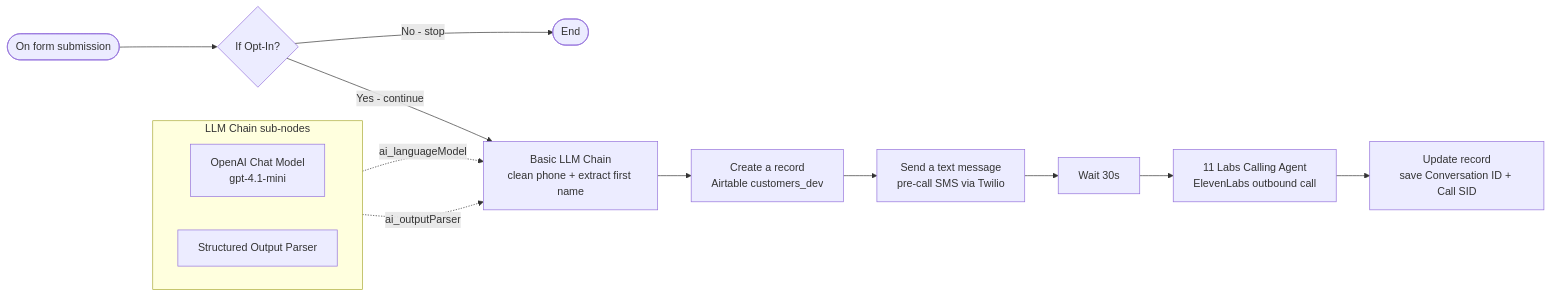
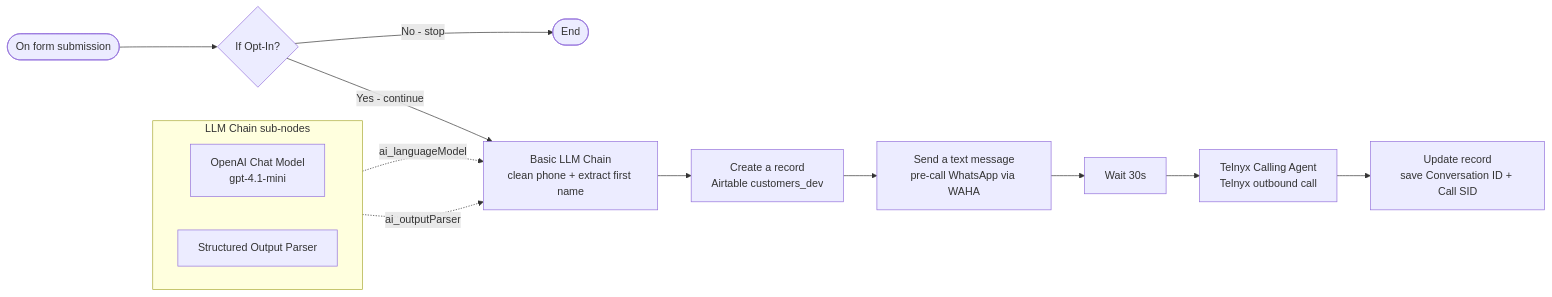
Before and after one commit to kameni-immo/kameni-n8n-automation: the first of 2 diagrams in docs/phone-call-flow.md, drawn with Mermaid. The commit also changed other lines of this file, not shown here.

Commit message:
Fix workflow name and ElevenLabs/Twilio refs in phone-call-flow.md (KAN-42)

````diff
--- a/docs/phone-call-flow.md
+++ b/docs/phone-call-flow.md
@@ -56,19 +58,19 @@
 ```mermaid
 flowchart LR
     FRM(["On form submission"]) --> OPT{"If Opt-In?"}
     OPT -->|"No - stop"| STOP(["End"])
     OPT -->|"Yes - continue"| LLM["Basic LLM Chain<br/>clean phone + extract first name"]
     LLM --> CRE["Create a record<br/>Airtable customers_dev"]
-    CRE --> SMS["Send a text message<br/>pre-call SMS via Twilio"]
+    CRE --> SMS["Send a text message<br/>pre-call WhatsApp via WAHA"]
     SMS --> WT["Wait 30s"]
-    WT --> EL["11 Labs Calling Agent<br/>ElevenLabs outbound call"]
-    EL --> UPD["Update record<br/>save Conversation ID + Call SID"]
+    WT --> TEL["Telnyx Calling Agent<br/>Telnyx outbound call"]
+    TEL --> UPD["Update record<br/>save Conversation ID + Call SID"]
 
     subgraph ai1 ["LLM Chain sub-nodes"]
         direction LR
         OAI["OpenAI Chat Model<br/>gpt-4.1-mini"]
         SOP["Structured Output Parser"]
     end
     OAI -.->|"ai_languageModel"| LLM
     SOP -.->|"ai_outputParser"| LLM
 ```
````
